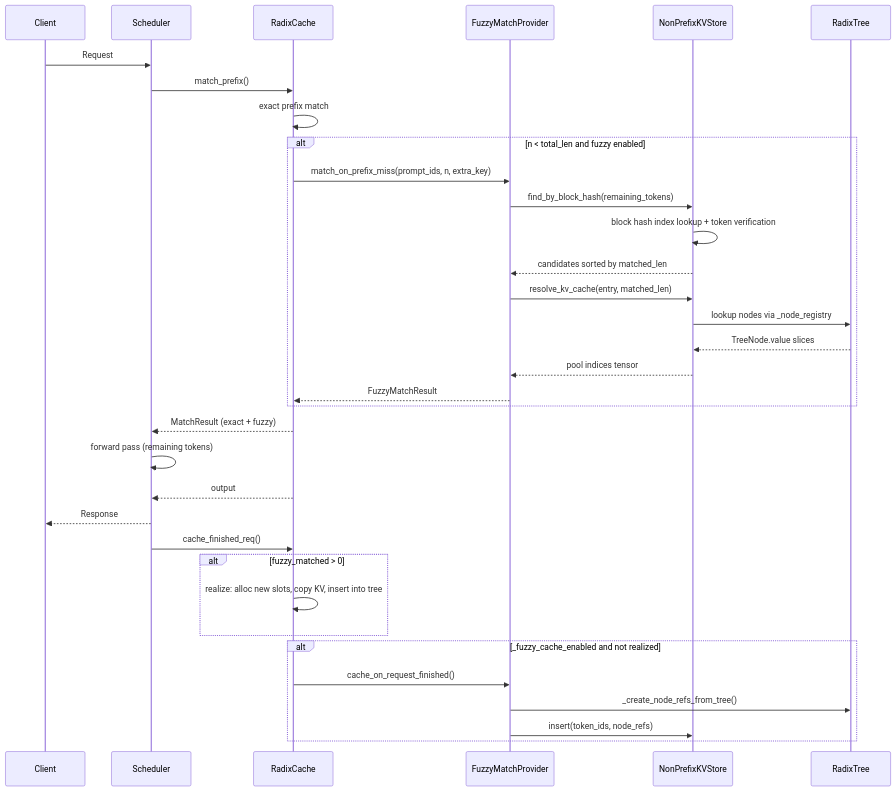
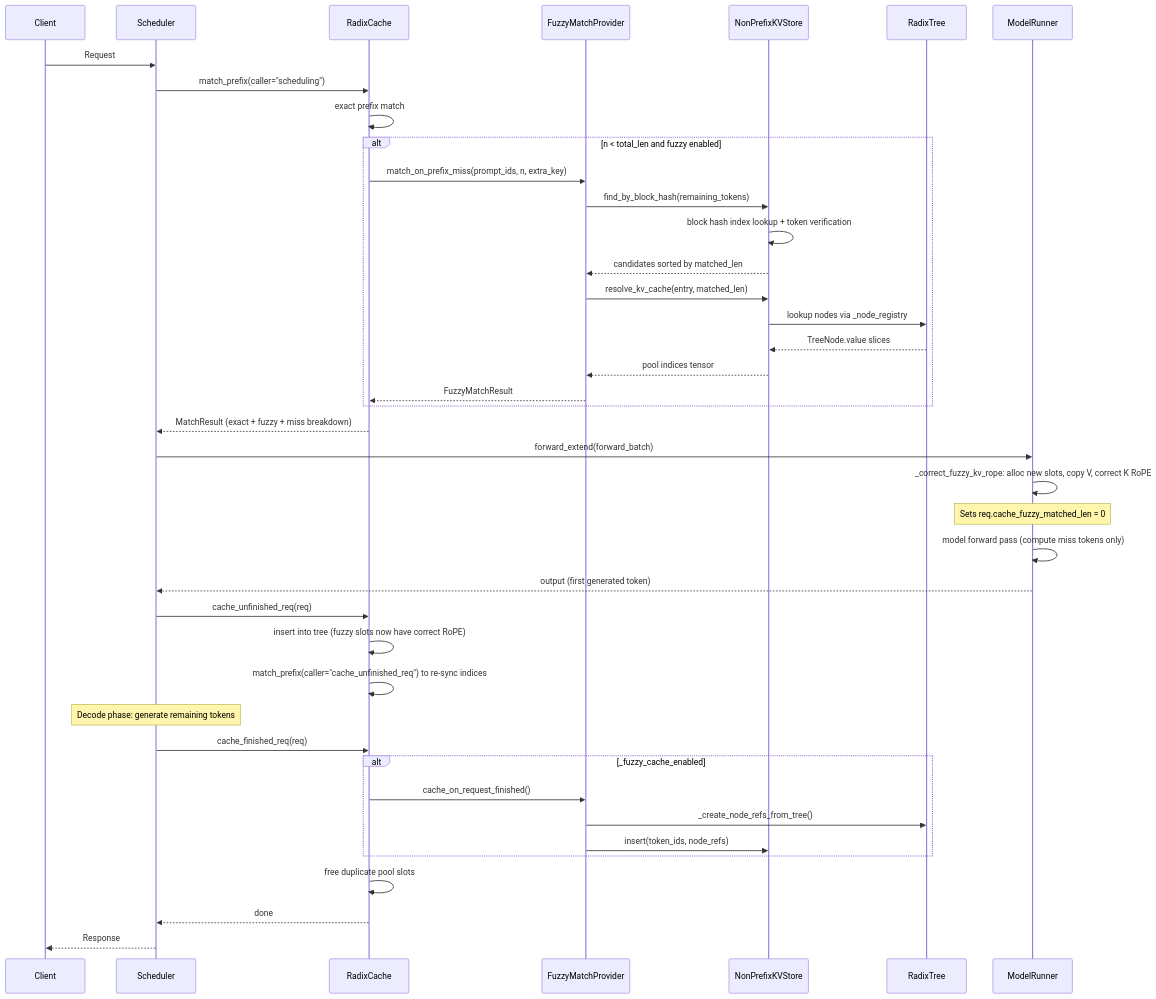
One commit to sgl-project/sglang changed the second of 2 diagrams in Draft_Prefix_Matching.md. Above: the diagram before and after it, drawn with Mermaid. The commit also changed other lines of this file and 4 other files, not shown here.

````diff
--- a/Draft_Prefix_Matching.md
+++ b/Draft_Prefix_Matching.md
@@ -864,38 +824,50 @@
 ```mermaid
 sequenceDiagram
     participant C as Client
     participant S as Scheduler
     participant R as RadixCache
     participant P as FuzzyMatchProvider
     participant N as NonPrefixKVStore
     participant T as RadixTree
+    participant MR as ModelRunner
 
     C->>S: Request
-    S->>R: match_prefix()
+    S->>R: match_prefix(caller="scheduling")
     R->>R: exact prefix match
     alt n < total_len and fuzzy enabled
         R->>P: match_on_prefix_miss(prompt_ids, n, extra_key)
         P->>N: find_by_block_hash(remaining_tokens)
         N->>N: block hash index lookup + token verification
         N-->>P: candidates sorted by matched_len
         P->>N: resolve_kv_cache(entry, matched_len)
         N->>T: lookup nodes via _node_registry
         T-->>N: TreeNode.value slices
         N-->>P: pool indices tensor
         P-->>R: FuzzyMatchResult
     end
-    R-->>S: MatchResult (exact + fuzzy)
-    S->>S: forward pass (remaining tokens)
-    R-->>S: output
-    S-->>C: Response
-    S->>R: cache_finished_req()
-    alt fuzzy_matched > 0
-        R->>R: realize: alloc new slots, copy KV, insert into tree
-    end
-    alt _fuzzy_cache_enabled and not realized
+    R-->>S: MatchResult (exact + fuzzy + miss breakdown)
+
+    S->>MR: forward_extend(forward_batch)
+    MR->>MR: _correct_fuzzy_kv_rope: alloc new slots, copy V, correct K RoPE
+    Note over MR: Sets req.cache_fuzzy_matched_len = 0
+    MR->>MR: model forward pass (compute miss tokens only)
+    MR-->>S: output (first generated token)
+
+    S->>R: cache_unfinished_req(req)
+    R->>R: insert into tree (fuzzy slots now have correct RoPE)
+    R->>R: match_prefix(caller="cache_unfinished_req") to re-sync indices
+
+    Note over S: Decode phase: generate remaining tokens
+
+    S->>R: cache_finished_req(req)
+    alt _fuzzy_cache_enabled
         R->>P: cache_on_request_finished()
         P->>T: _create_node_refs_from_tree()
         P->>N: insert(token_ids, node_refs)
     end
+    R->>R: free duplicate pool slots
+    R-->>S: done
+    S-->>C: Response
+
 
 ```
````
